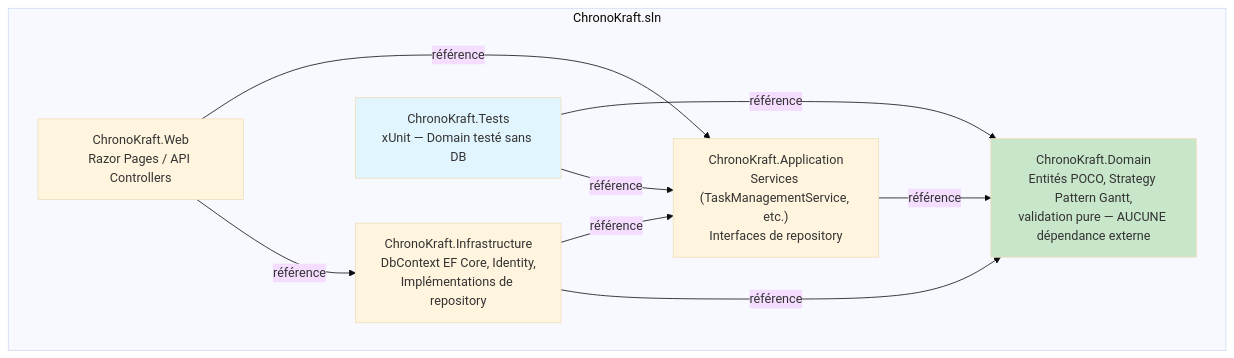
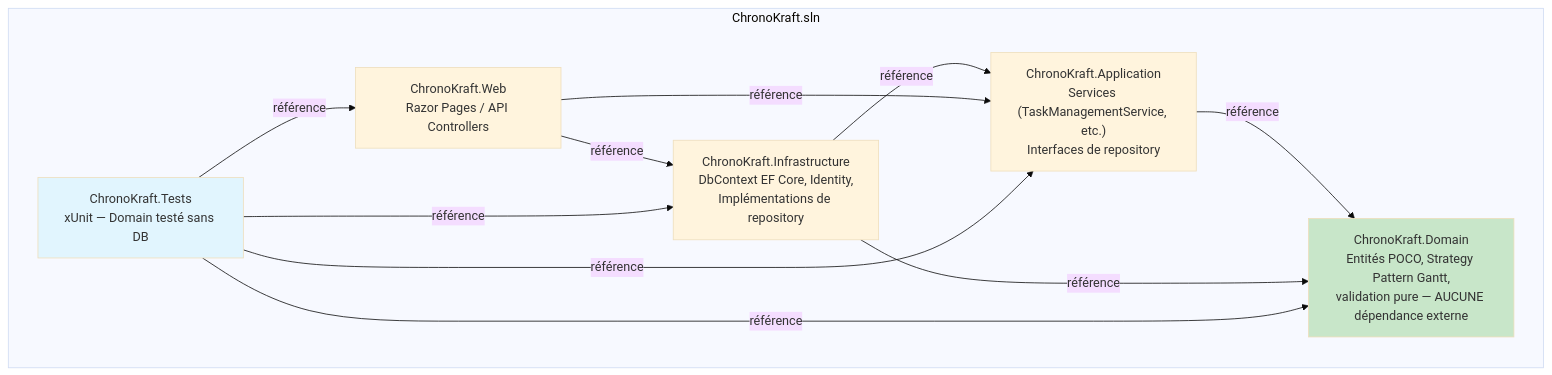
The first of 6 diagrams in Docs/architecture.md (AKFabriceP/ChKraft), drawn with Mermaid (base theme) before and after one commit. The commit also changed other lines of this file and 8 other files, not shown here.

````diff
--- a/Docs/architecture.md
+++ b/Docs/architecture.md
@@ -19,21 +19,23 @@
 ```mermaid
 graph TB
     subgraph SLN["ChronoKraft.sln"]
         DOMAIN["ChronoKraft.Domain<br/>Entités POCO, Strategy Pattern Gantt,<br/>validation pure — AUCUNE dépendance externe"]
         APPLICATION["ChronoKraft.Application<br/>Services (TaskManagementService, etc.)<br/>Interfaces de repository"]
         INFRA["ChronoKraft.Infrastructure<br/>DbContext EF Core, Identity,<br/>Implémentations de repository"]
         WEB["ChronoKraft.Web<br/>Razor Pages / API Controllers"]
         TESTS["ChronoKraft.Tests<br/>xUnit — Domain testé sans DB"]
     end
 
     APPLICATION -->|référence| DOMAIN
     INFRA -->|référence| APPLICATION
     INFRA -->|référence| DOMAIN
     WEB -->|référence| APPLICATION
     WEB -->|référence| INFRA
     TESTS -->|référence| DOMAIN
     TESTS -->|référence| APPLICATION
+    TESTS -->|référence| INFRA
+    TESTS -->|référence| WEB
 
     style DOMAIN fill:#c8e6c9
     style TESTS fill:#e1f5fe
 ```
````
